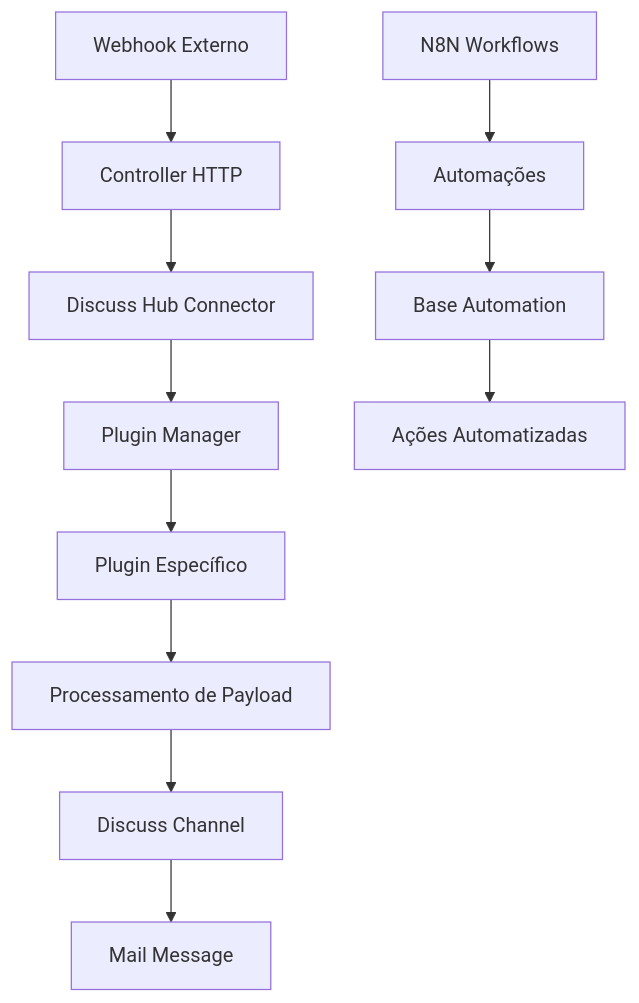
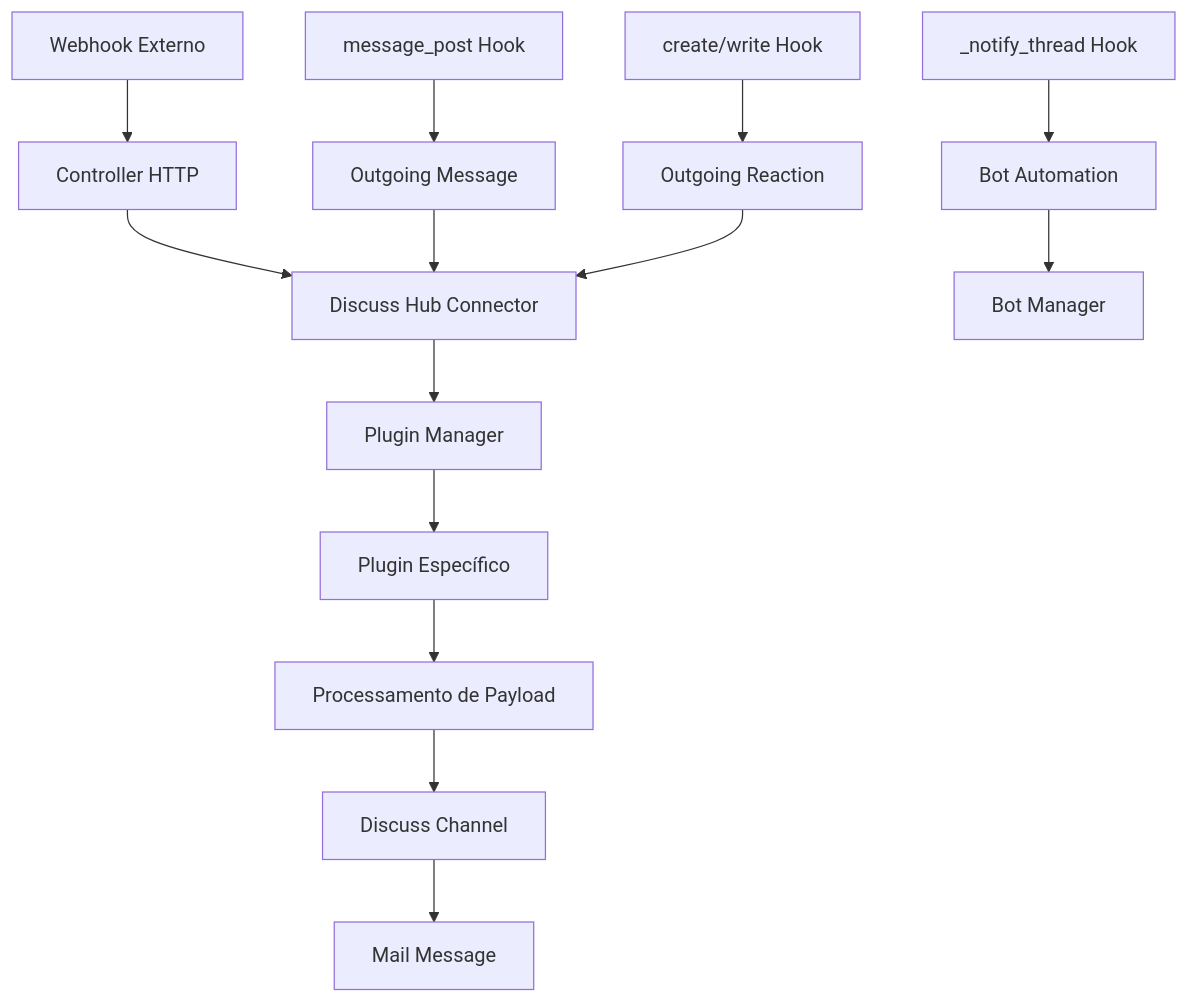
One commit to dudanogueira/evoodoo changed the diagram in docs/pt-br/README.md. Above: the diagram before and after it, drawn with Mermaid. The commit also changed other lines of this file and 26 other files, not shown here.

Commit message:
remove base automation dependency

````diff
--- a/docs/pt-br/README.md
+++ b/docs/pt-br/README.md
@@ -87,14 +104,19 @@
 ```mermaid
 graph TD
     A[Webhook Externo] --> B[Controller HTTP]
     B --> C[Discuss Hub Connector]
     C --> D[Plugin Manager]
     D --> E[Plugin Específico]
     E --> F[Processamento de Payload]
     F --> G[Discuss Channel]
     G --> H[Mail Message]
 
-    I[N8N Workflows] --> J[Automações]
-    J --> K[Base Automation]
-    K --> L[Ações Automatizadas]
+    I[message_post Hook] --> J[Outgoing Message]
+    J --> C
+
+    K[_notify_thread Hook] --> L[Bot Automation]
+    L --> M[Bot Manager]
+
+    N[create/write Hook] --> O[Outgoing Reaction]
+    O --> C
 ```
````
